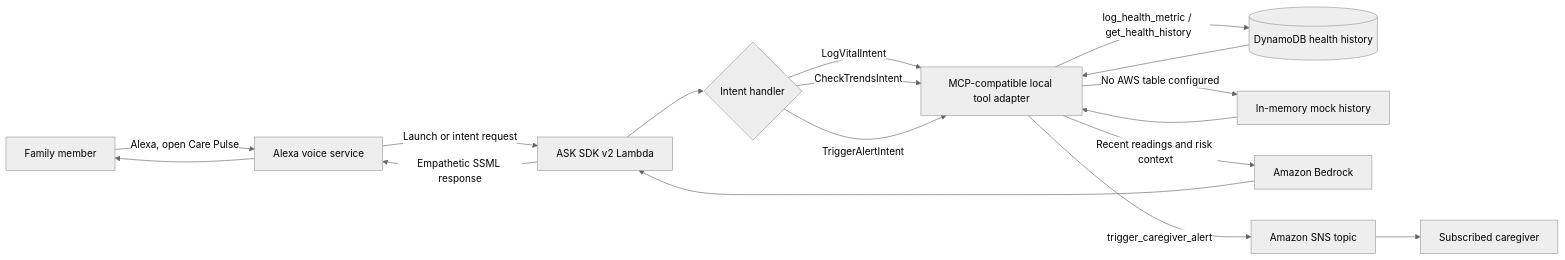
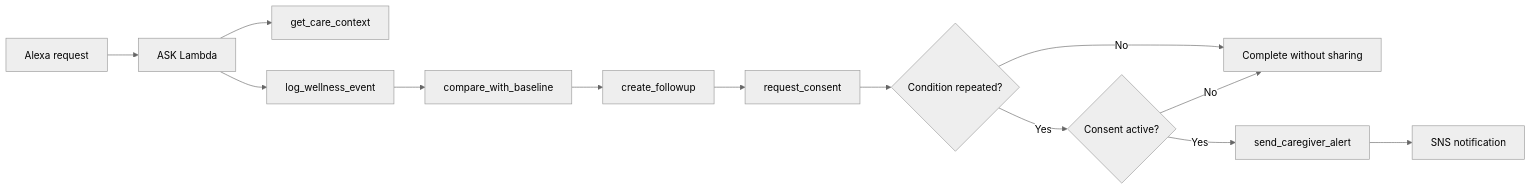
The diagram in README.md (LucioD3v/Care_Pulse), drawn with Mermaid (neutral theme) before and after one commit. The commit also changed other lines of this file and 19 other files, not shown here.

````diff
--- a/README.md
+++ b/README.md
@@ -33,19 +44,15 @@
 ```mermaid
 flowchart LR
-	U[Family member] -->|"Alexa, open Care Pulse"| A[Alexa voice service]
-	A -->|Launch or intent request| L[ASK SDK v2 Lambda]
-	L --> H{Intent handler}
-	H -->|LogVitalIntent| M[MCP-compatible local tool adapter]
-	H -->|CheckTrendsIntent| M
-	H -->|TriggerAlertIntent| M
-	M -->|log_health_metric / get_health_history| D[(DynamoDB health history)]
-	M -->|No AWS table configured| MOCK[In-memory mock history]
-	M -->|Recent readings and risk context| B[Amazon Bedrock]
-	M -->|trigger_caregiver_alert| S[Amazon SNS topic]
-	S --> C[Subscribed caregiver]
-	B --> L
-	D --> M
-	MOCK --> M
-	L -->|Empathetic SSML response| A
-	A --> U
+    A[Alexa request] --> L[ASK Lambda]
+    L --> C[get_care_context]
+    L --> E[log_wellness_event]
+    E --> B[compare_with_baseline]
+    B --> F[create_followup]
+    F --> P[request_consent]
+    P --> D{Condition repeated?}
+    D -->|No| X[Complete without sharing]
+    D -->|Yes| V{Consent active?}
+    V -->|No| X
+    V -->|Yes| S[send_caregiver_alert]
+    S --> N[SNS notification]
 ```
````
